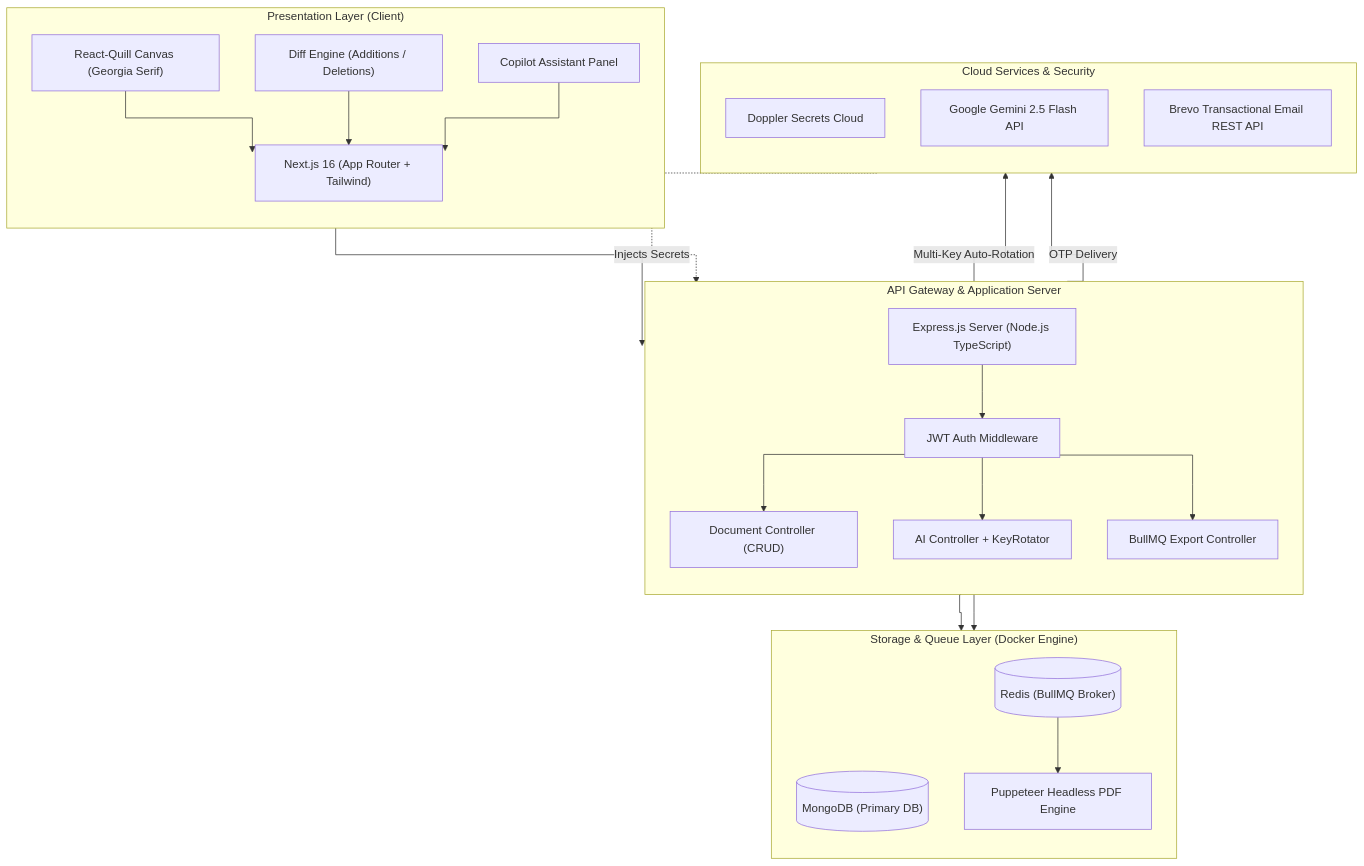
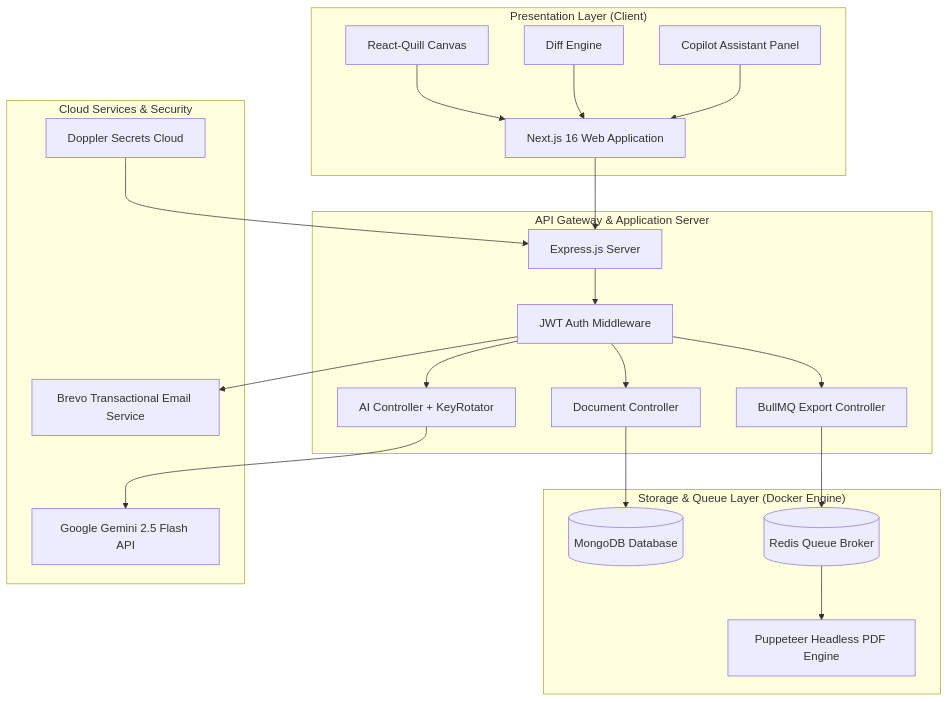
Before and after one commit to VinayakGaikwad101/project-practical: the diagram in diagrams/2_system_architecture.mmd, drawn with Mermaid. The commit also changed 7 other files, not shown here.

Commit message:
docs: fix diagram arrows to eliminate blank-air pointing and align exact node targets

```diff
--- a/diagrams/2_system_architecture.mmd
+++ b/diagrams/2_system_architecture.mmd
@@ -1,52 +1,45 @@
 flowchart TD
-    %% Global orthogonal styling
-    linkStyle default interpolate stepAfter
-
     subgraph ClientLayer["Presentation Layer (Client)"]
-        direction TB
-        UI["Next.js 16 (App Router + Tailwind)"]
-        Canvas["React-Quill Canvas (Georgia Serif)"]
-        DiffUI["Diff Engine (Additions / Deletions)"]
+        UI["Next.js 16 Web Application"]
+        Canvas["React-Quill Canvas"]
+        DiffUI["Diff Engine"]
         ChatUI["Copilot Assistant Panel"]
 
         Canvas --> UI
         DiffUI --> UI
         ChatUI --> UI
     end
 
     subgraph APILayer["API Gateway & Application Server"]
-        direction TB
-        Express["Express.js Server (Node.js TypeScript)"]
+        Express["Express.js Server"]
         AuthMid["JWT Auth Middleware"]
-        DocCtrl["Document Controller (CRUD)"]
+        DocCtrl["Document Controller"]
         AICtrl["AI Controller + KeyRotator"]
         QueueCtrl["BullMQ Export Controller"]
 
         Express --> AuthMid
         AuthMid --> DocCtrl
         AuthMid --> AICtrl
         AuthMid --> QueueCtrl
     end
 
     subgraph DataLayer["Storage & Queue Layer (Docker Engine)"]
-        direction TB
-        Mongo[("MongoDB (Primary DB)")]
-        Redis[("Redis (BullMQ Broker)")]
+        Mongo[("MongoDB Database")]
+        Redis[("Redis Queue Broker")]
         PuppeteerWorker["Puppeteer Headless PDF Engine"]
 
         Redis --> PuppeteerWorker
     end
 
     subgraph ExternalCloud["Cloud Services & Security"]
-        direction TB
         Doppler["Doppler Secrets Cloud"]
         GeminiCloud["Google Gemini 2.5 Flash API"]
-        BrevoCloud["Brevo Transactional Email REST API"]
+        BrevoCloud["Brevo Transactional Email Service"]
     end
 
     UI --> Express
-    Doppler -.->|"Injects Secrets"| Express
+    Doppler --> Express
     DocCtrl --> Mongo
     QueueCtrl --> Redis
-    AICtrl -->|"Multi-Key Auto-Rotation"| GeminiCloud
-    AuthMid -->|"OTP Delivery"| BrevoCloud
+    AICtrl --> GeminiCloud
+    AuthMid --> BrevoCloud
```
